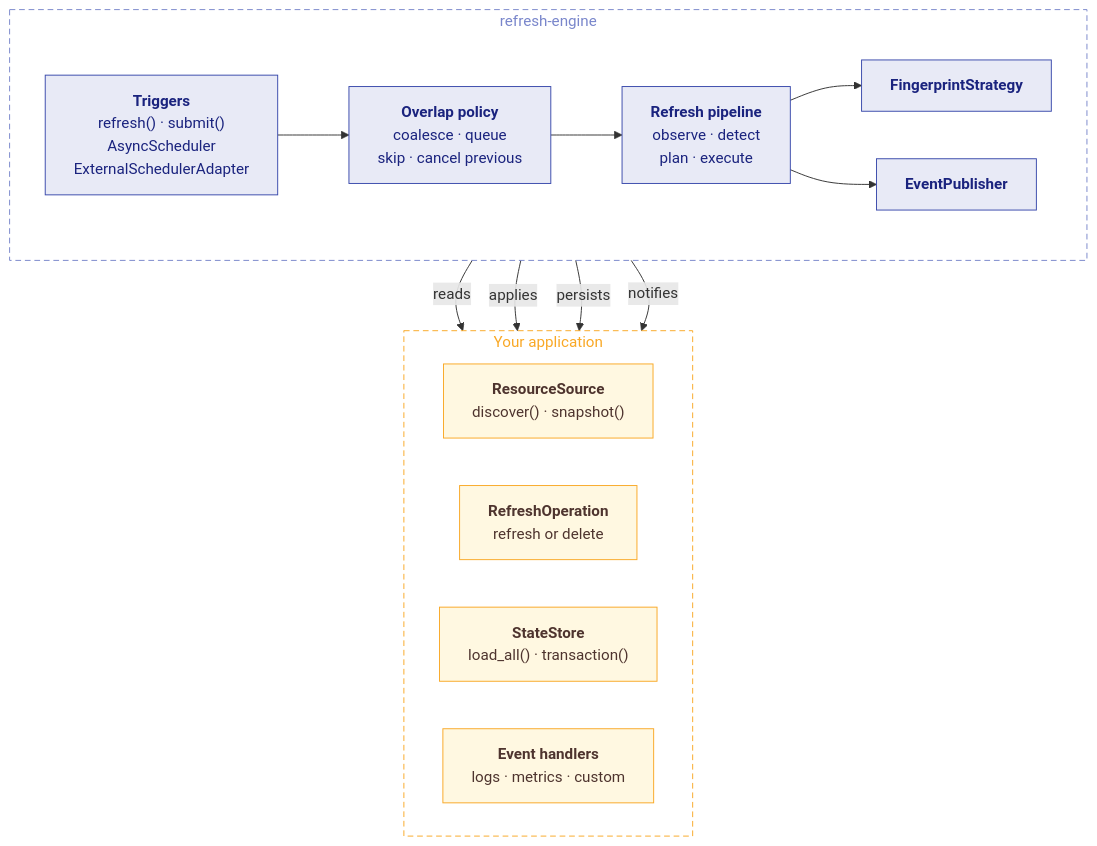
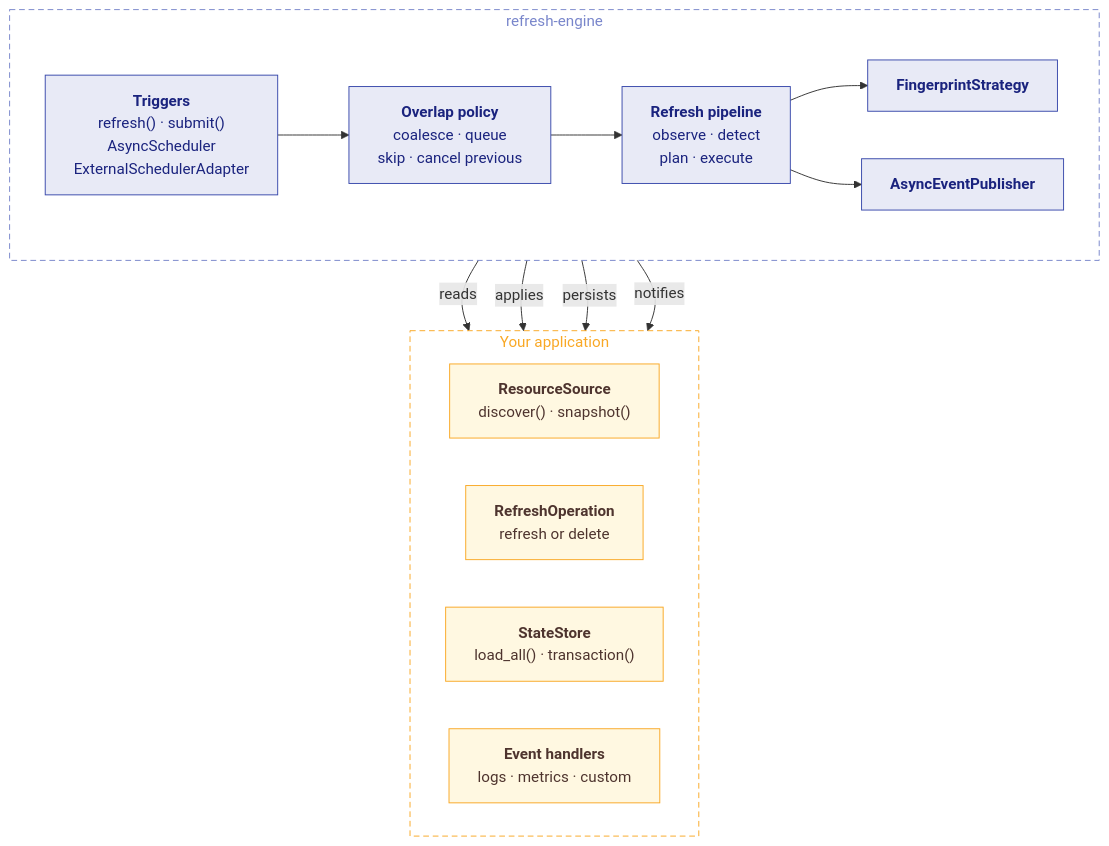
Before and after one commit to smuniharish/refresh-engine: the diagram in docs/assets/diagrams/architecture.mmd, drawn with Mermaid. The commit also changed 126 other files, not shown here.

```diff
--- a/docs/assets/diagrams/architecture.mmd
+++ b/docs/assets/diagrams/architecture.mmd
@@ -1,32 +1,32 @@
 flowchart TB
     subgraph engine["refresh-engine"]
         direction LR
         triggers["<b>Triggers</b><br/>refresh() · submit()<br/>AsyncScheduler<br/>ExternalSchedulerAdapter"]
         coordinator["<b>Overlap policy</b><br/>coalesce · queue<br/>skip · cancel previous"]
         pipeline["<b>Refresh pipeline</b><br/>observe · detect<br/>plan · execute"]
         fingerprint["<b>FingerprintStrategy</b>"]
-        publisher["<b>EventPublisher</b>"]
+        publisher["<b>AsyncEventPublisher</b>"]
         triggers --> coordinator --> pipeline
         pipeline --> fingerprint
         pipeline --> publisher
     end
 
     subgraph application["Your application"]
         direction LR
         source["<b>ResourceSource</b><br/>discover() · snapshot()"]
         operation["<b>RefreshOperation</b><br/>refresh or delete"]
         store["<b>StateStore</b><br/>load_all() · transaction()"]
         handlers["<b>Event handlers</b><br/>logs · metrics · custom"]
     end
 
     pipeline -- reads --> source
     pipeline -- applies --> operation
     pipeline -- persists --> store
     publisher -- notifies --> handlers
 
     classDef core fill:#e8eaf6,stroke:#3949ab,color:#1a237e
     classDef app fill:#fff8e1,stroke:#f9a825,color:#4e342e
     class triggers,coordinator,pipeline,fingerprint,publisher core
     class source,operation,store,handlers app
     style engine fill:none,stroke:#7986cb,stroke-dasharray:6 4,color:#7986cb
     style application fill:none,stroke:#f9a825,stroke-dasharray:6 4,color:#f9a825
```
